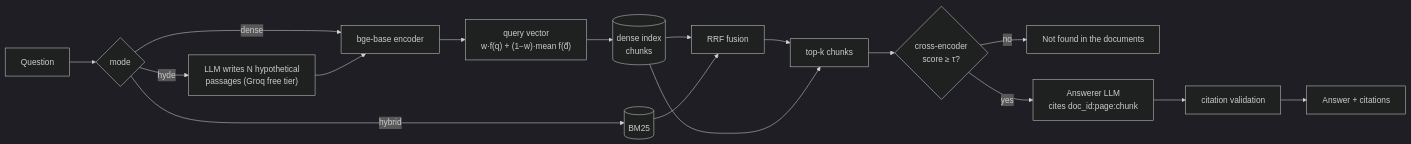
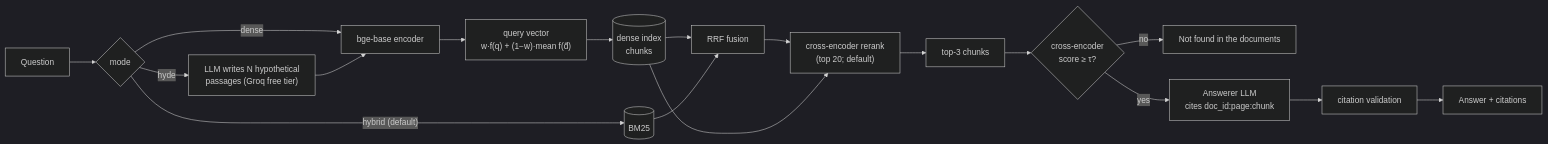
The diagram in README.md (Sudhanshu1st/hyde-rag-v2), drawn with Mermaid (dark theme) before and after one commit. The commit also changed other lines of this file, not shown here.

Commit message:
README: diagram and default pipeline reflect D-GEN-5

````diff
--- a/README.md
+++ b/README.md
@@ -84,19 +84,20 @@
 ```mermaid
 flowchart LR
     Q[Question] --> M{mode}
     M -->|dense| E[bge-base encoder]
     M -->|hyde| G["LLM writes N hypothetical<br/>passages (Groq free tier)"]
     G --> E
     E --> V["query vector<br/>w·f(q) + (1−w)·mean f(d̂)"]
     V --> D[(dense index<br/>chunks)]
-    M -->|hybrid| B[(BM25)]
+    M -->|"hybrid (default)"| B[(BM25)]
     D --> F[RRF fusion]
     B --> F
-    F --> K[top-k chunks]
-    D --> K
+    F --> RR["cross-encoder rerank<br/>(top 20; default)"]
+    D --> RR
+    RR --> K[top-3 chunks]
     K --> X{cross-encoder<br/>score ≥ τ?}
     X -->|no| N["Not found in the documents"]
     X -->|yes| A["Answerer LLM<br/>cites doc_id:page:chunk"]
     A --> C[citation validation]
     C --> R[Answer + citations]
 ```
````
